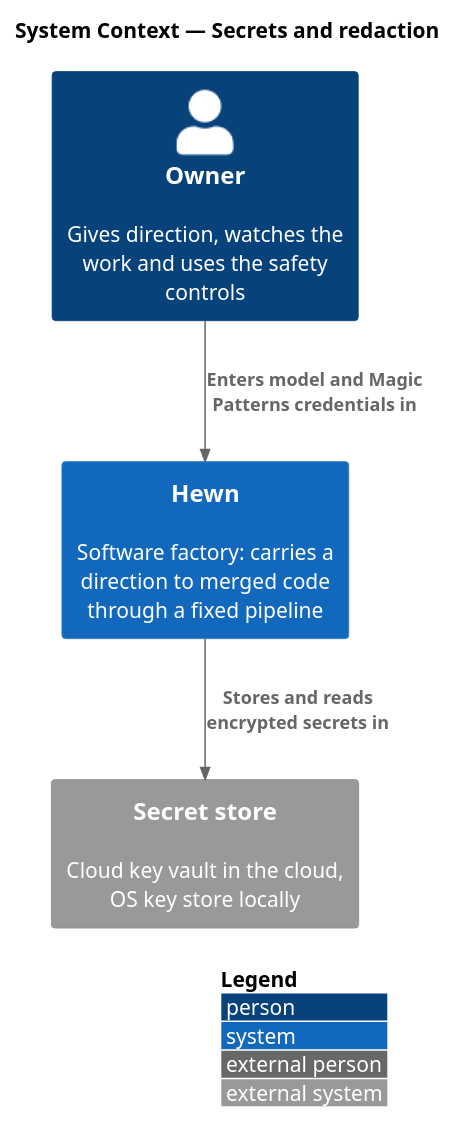
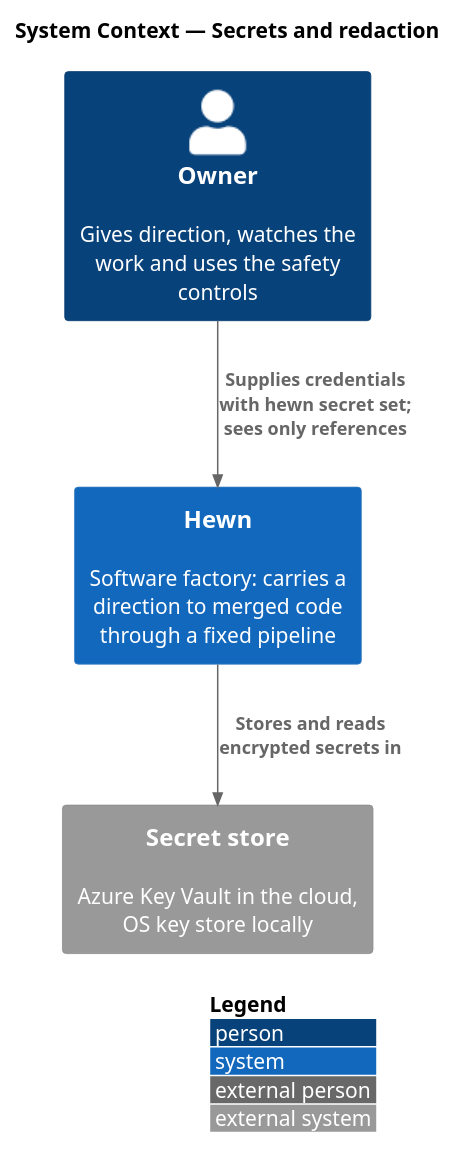
Before and after one commit to QuinntyneBrown/hewn: the diagram in docs/detailed-designs/security/secrets-and-redaction/diagrams/c4-context.puml, drawn with PlantUML. The commit also changed 72 other files, not shown here.

```diff
--- a/docs/detailed-designs/security/secrets-and-redaction/diagrams/c4-context.puml
+++ b/docs/detailed-designs/security/secrets-and-redaction/diagrams/c4-context.puml
@@ -1,12 +1,12 @@
 @startuml
 !include <C4/C4_Context>
 LAYOUT_WITH_LEGEND()
 title System Context — Secrets and redaction
 
 Person(owner, "Owner", "Gives direction, watches the work and uses the safety controls")
 System(hewn, "Hewn", "Software factory: carries a direction to merged code through a fixed pipeline")
-System_Ext(vault, "Secret store", "Cloud key vault in the cloud, OS key store locally")
+System_Ext(vault, "Secret store", "Azure Key Vault in the cloud, OS key store locally")
 
-Rel(owner, hewn, "Enters model and Magic Patterns credentials in")
+Rel(owner, hewn, "Supplies credentials with hewn secret set; sees only references")
 Rel(hewn, vault, "Stores and reads encrypted secrets in")
 @enduml
```
